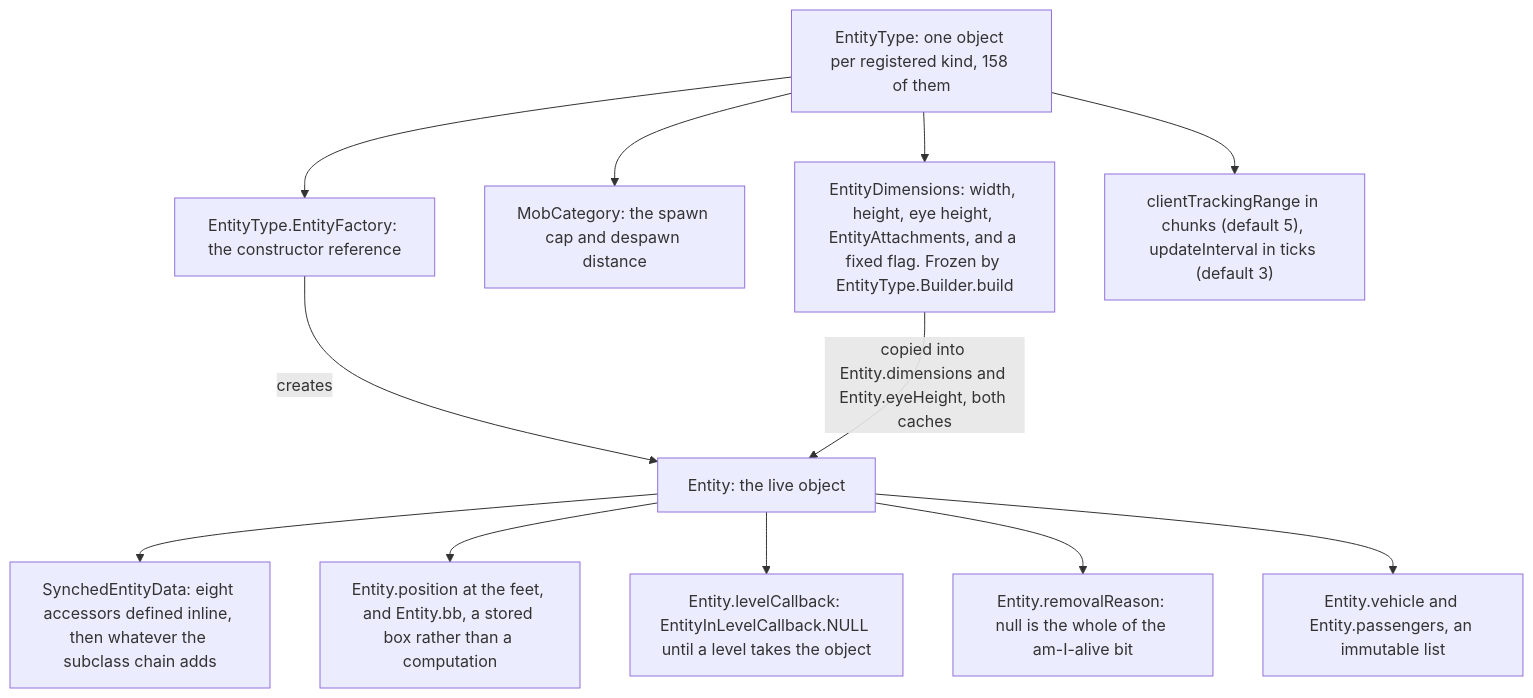
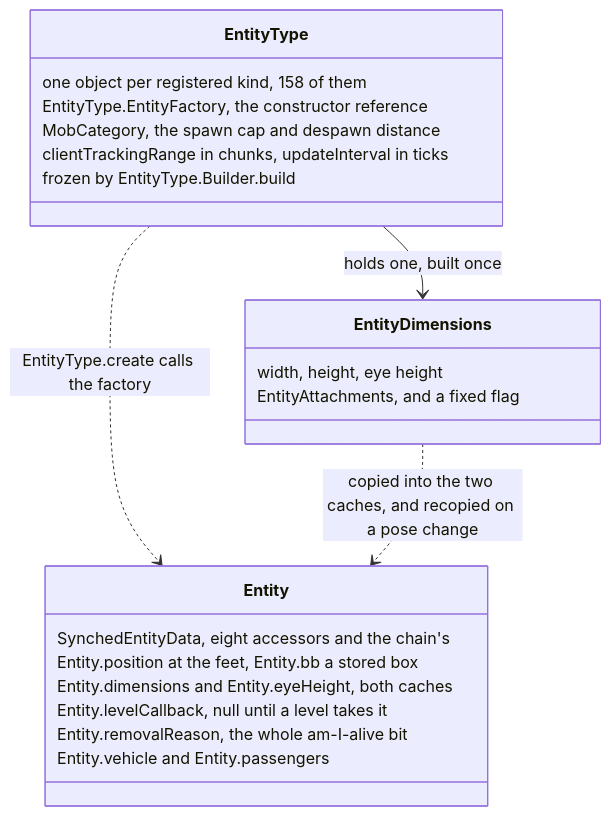
Before and after one commit to AlexanderjFraser/MinecraftDocs: the first of 3 diagrams in src/systems/entities/entity-anatomy.md, drawn with Mermaid. The commit also changed other lines of this file and 23 other files, not shown here.

````diff
--- a/src/systems/entities/entity-anatomy.md
+++ b/src/systems/entities/entity-anatomy.md
@@ -57,26 +57,25 @@
 ```mermaid
-flowchart TB
-    ET["EntityType: one object per registered kind, 158 of them"]
-    DIM["EntityDimensions: width, height, eye height, EntityAttachments, and a fixed flag. Frozen by EntityType.Builder.build"]
-    CAT["MobCategory: the spawn cap and despawn distance"]
-    FAC["EntityType.EntityFactory: the constructor reference"]
-    NET["clientTrackingRange in chunks (default 5), updateInterval in ticks (default 3)"]
-    E["Entity: the live object"]
-    SED["SynchedEntityData: eight accessors defined inline, then whatever the subclass chain adds"]
-    POS["Entity.position at the feet, and Entity.bb, a stored box rather than a computation"]
-    CB["Entity.levelCallback: EntityInLevelCallback.NULL until a level takes the object"]
-    REM["Entity.removalReason: null is the whole of the am-I-alive bit"]
-    RIDE["Entity.vehicle and Entity.passengers, an immutable list"]
-
-    ET --> FAC
-    ET --> DIM
-    ET --> CAT
-    ET --> NET
-    FAC -- "creates" --> E
-    DIM -- "copied into Entity.dimensions and Entity.eyeHeight, both caches" --> E
-    E --> SED
-    E --> POS
-    E --> CB
-    E --> REM
-    E --> RIDE
+classDiagram
+    class EntityType {
+        one object per registered kind, 158 of them
+        EntityType.EntityFactory, the constructor reference
+        MobCategory, the spawn cap and despawn distance
+        clientTrackingRange in chunks, updateInterval in ticks
+        frozen by EntityType.Builder.build
+    }
+    class EntityDimensions {
+        width, height, eye height
+        EntityAttachments, and a fixed flag
+    }
+    class Entity {
+        SynchedEntityData, eight accessors and the chain's
+        Entity.position at the feet, Entity.bb a stored box
+        Entity.dimensions and Entity.eyeHeight, both caches
+        Entity.levelCallback, null until a level takes it
+        Entity.removalReason, the whole am-I-alive bit
+        Entity.vehicle and Entity.passengers
+    }
+    EntityType --> EntityDimensions : holds one, built once
+    EntityType ..> Entity : EntityType.create calls the factory
+    EntityDimensions ..> Entity : copied into the two caches, and recopied on a pose change
 ```
````
